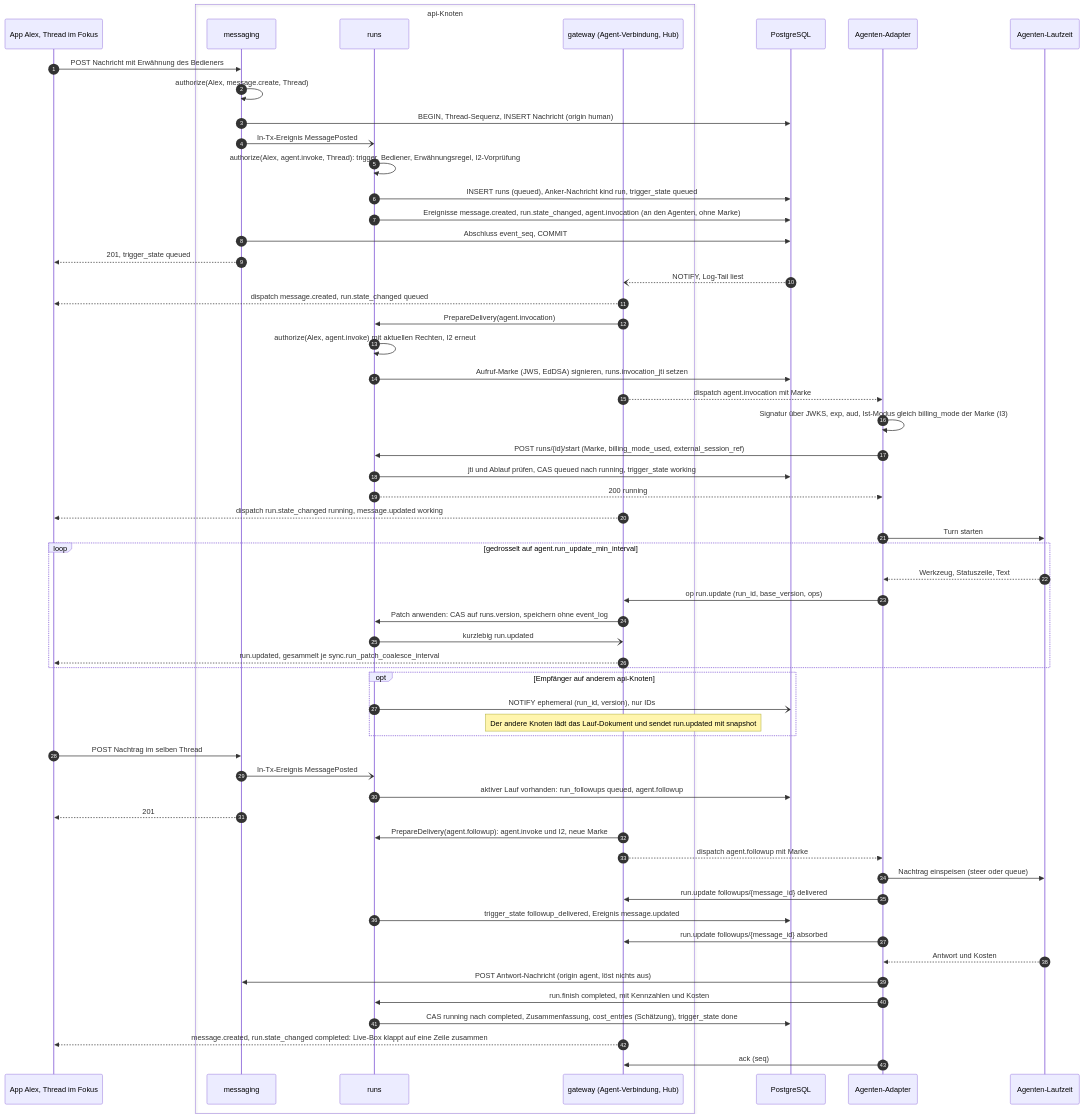
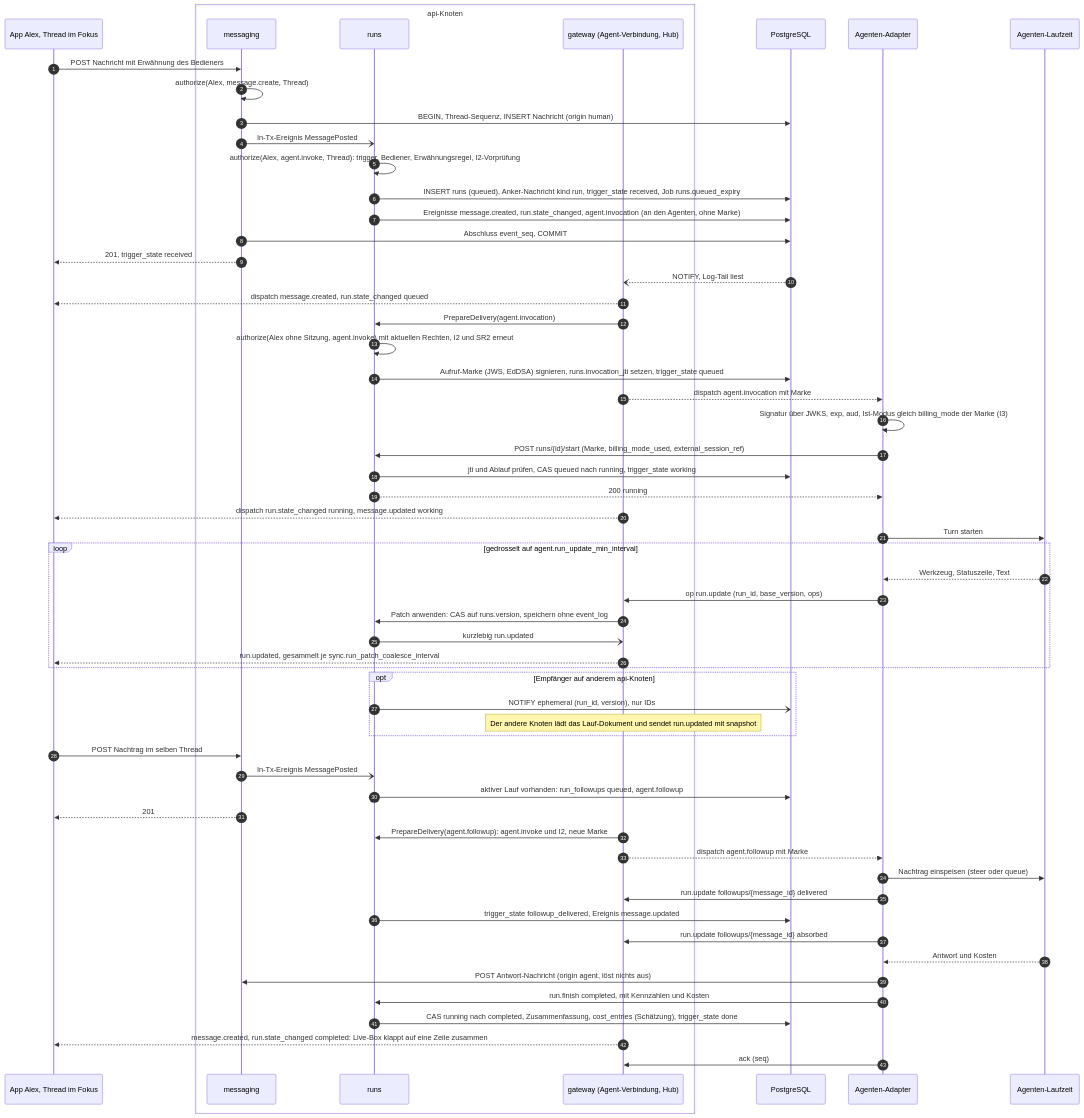
Before and after one commit to mguttmann/bothy: the diagram in docs/architecture/seq-2-agenten-lauf.mmd, drawn with Mermaid. The commit also changed 13 other files, not shown here.

First line of the commit message:
docs(runs): delivery check, job runs.queued_expiry, rulings and changelog (M2-08)

```diff
--- a/docs/architecture/seq-2-agenten-lauf.mmd
+++ b/docs/architecture/seq-2-agenten-lauf.mmd
@@ -1,62 +1,62 @@
 %% Agenten-Lauf mit Live-Box und Nachtrag. Invarianten I2 und I3 aus der Planungsgrundlage,
 %% Ablauf nach 04-sync-protokoll.md Abschnitt 11 und 15. Pfade ohne Versions-Präfix.
 sequenceDiagram
   autonumber
   participant A as App Alex, Thread im Fokus
   box api-Knoten
     participant MSG as messaging
     participant RU as runs
     participant GW as gateway (Agent-Verbindung, Hub)
   end
   participant DB as PostgreSQL
   participant AD as Agenten-Adapter
   participant LZ as Agenten-Laufzeit
 
   A->>MSG: POST Nachricht mit Erwähnung des Bedieners
   MSG->>MSG: authorize(Alex, message.create, Thread)
   MSG->>DB: BEGIN, Thread-Sequenz, INSERT Nachricht (origin human)
   MSG-)RU: In-Tx-Ereignis MessagePosted
   RU->>RU: authorize(Alex, agent.invoke, Thread): trigger, Bediener, Erwähnungsregel, I2-Vorprüfung
-  RU->>DB: INSERT runs (queued), Anker-Nachricht kind run, trigger_state queued
+  RU->>DB: INSERT runs (queued), Anker-Nachricht kind run, trigger_state received, Job runs.queued_expiry
   RU->>DB: Ereignisse message.created, run.state_changed, agent.invocation (an den Agenten, ohne Marke)
   MSG->>DB: Abschluss event_seq, COMMIT
-  MSG-->>A: 201, trigger_state queued
+  MSG-->>A: 201, trigger_state received
   DB--)GW: NOTIFY, Log-Tail liest
   GW-->>A: dispatch message.created, run.state_changed queued
   GW->>RU: PrepareDelivery(agent.invocation)
-  RU->>RU: authorize(Alex, agent.invoke) mit aktuellen Rechten, I2 erneut
-  RU->>DB: Aufruf-Marke (JWS, EdDSA) signieren, runs.invocation_jti setzen
+  RU->>RU: authorize(Alex ohne Sitzung, agent.invoke) mit aktuellen Rechten, I2 und SR2 erneut
+  RU->>DB: Aufruf-Marke (JWS, EdDSA) signieren, runs.invocation_jti setzen, trigger_state queued
   GW-->>AD: dispatch agent.invocation mit Marke
   AD->>AD: Signatur über JWKS, exp, aud, Ist-Modus gleich billing_mode der Marke (I3)
   AD->>RU: POST runs/{id}/start (Marke, billing_mode_used, external_session_ref)
   RU->>DB: jti und Ablauf prüfen, CAS queued nach running, trigger_state working
   RU-->>AD: 200 running
   GW-->>A: dispatch run.state_changed running, message.updated working
   AD->>LZ: Turn starten
   loop gedrosselt auf agent.run_update_min_interval
     LZ-->>AD: Werkzeug, Statuszeile, Text
     AD->>GW: op run.update (run_id, base_version, ops)
     GW->>RU: Patch anwenden: CAS auf runs.version, speichern ohne event_log
     RU-)GW: kurzlebig run.updated
     GW-->>A: run.updated, gesammelt je sync.run_patch_coalesce_interval
   end
   opt Empfänger auf anderem api-Knoten
     RU-)DB: NOTIFY ephemeral (run_id, version), nur IDs
     Note over GW: Der andere Knoten lädt das Lauf-Dokument und sendet run.updated mit snapshot
   end
   A->>MSG: POST Nachtrag im selben Thread
   MSG-)RU: In-Tx-Ereignis MessagePosted
   RU->>DB: aktiver Lauf vorhanden: run_followups queued, agent.followup
   MSG-->>A: 201
   GW->>RU: PrepareDelivery(agent.followup): agent.invoke und I2, neue Marke
   GW-->>AD: dispatch agent.followup mit Marke
   AD->>LZ: Nachtrag einspeisen (steer oder queue)
   AD->>GW: run.update followups/{message_id} delivered
   RU->>DB: trigger_state followup_delivered, Ereignis message.updated
   AD->>GW: run.update followups/{message_id} absorbed
   LZ-->>AD: Antwort und Kosten
   AD->>MSG: POST Antwort-Nachricht (origin agent, löst nichts aus)
   AD->>RU: run.finish completed, mit Kennzahlen und Kosten
   RU->>DB: CAS running nach completed, Zusammenfassung, cost_entries (Schätzung), trigger_state done
   GW-->>A: message.created, run.state_changed completed: Live-Box klappt auf eine Zeile zusammen
   AD->>GW: ack (seq)
```
